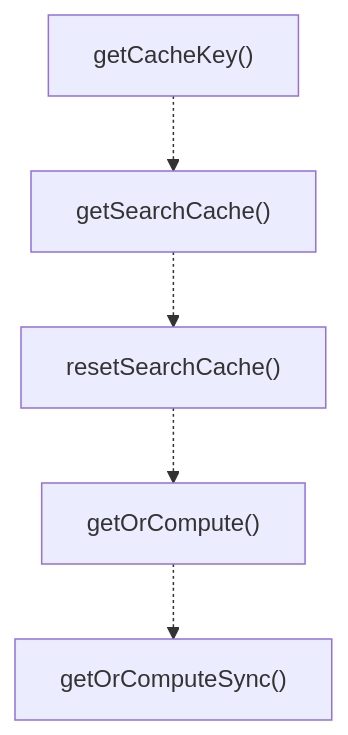
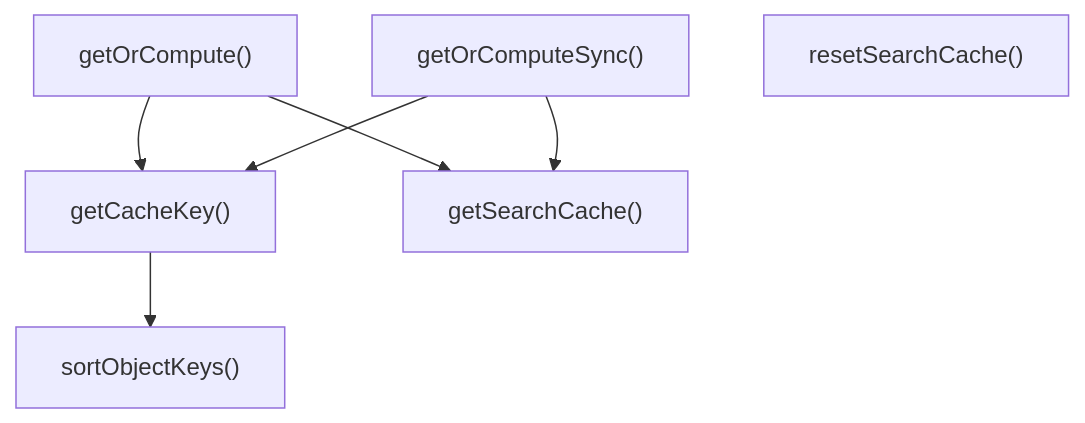
One commit to Mekann2904/mekann changed the second of 3 diagrams in ABDD/.pi/extensions/search/utils/cache.md. Above: the diagram before and after it, drawn with Mermaid. The commit also changed other lines of this file and 277 other files, not shown here.

````diff
--- a/ABDD/.pi/extensions/search/utils/cache.md
+++ b/ABDD/.pi/extensions/search/utils/cache.md
@@ -71,12 +71,14 @@
 ```mermaid
 flowchart TD
   getCacheKey["getCacheKey()"]
+  getOrCompute["getOrCompute()"]
+  getOrComputeSync["getOrComputeSync()"]
   getSearchCache["getSearchCache()"]
   resetSearchCache["resetSearchCache()"]
-  getOrCompute["getOrCompute()"]
-  getOrComputeSync["getOrComputeSync()"]
-  getCacheKey -.-> getSearchCache
-  getSearchCache -.-> resetSearchCache
-  resetSearchCache -.-> getOrCompute
-  getOrCompute -.-> getOrComputeSync
+  sortObjectKeys["sortObjectKeys()"]
+  getCacheKey --> sortObjectKeys
+  getOrCompute --> getCacheKey
+  getOrCompute --> getSearchCache
+  getOrComputeSync --> getCacheKey
+  getOrComputeSync --> getSearchCache
 ```
````
